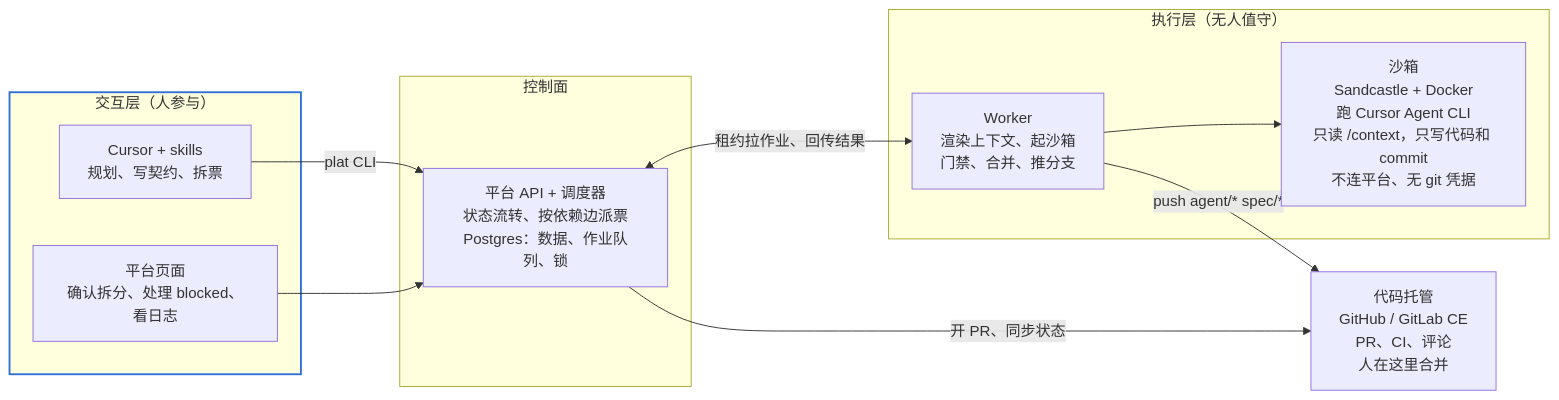
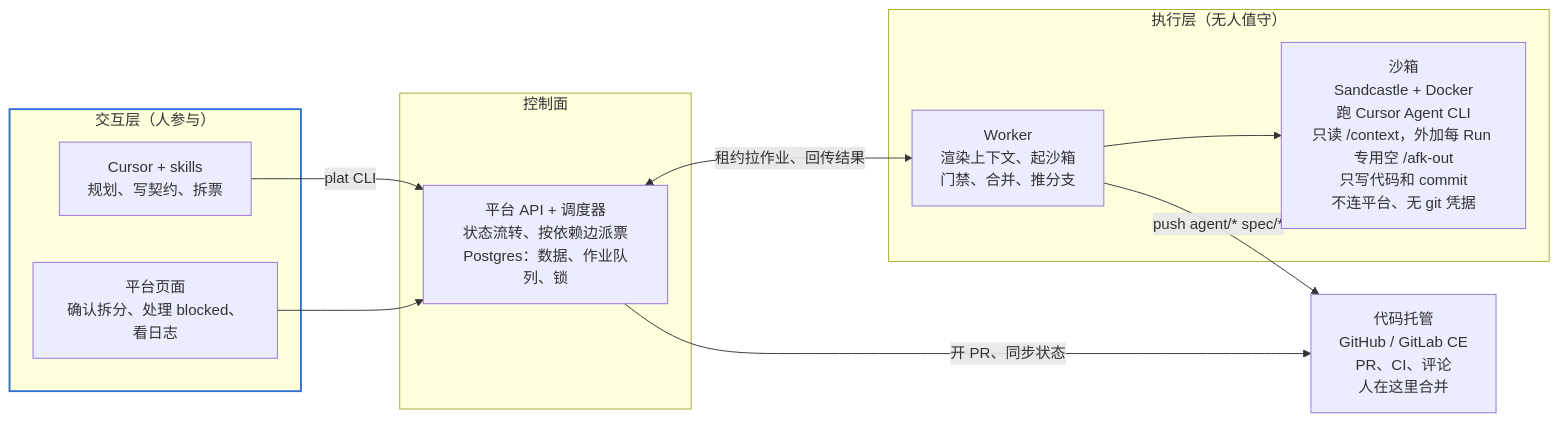
The first of 24 diagrams in docs/design.md (xxh171015/afk-platform), drawn with Mermaid before and after one commit. The commit also changed other lines of this file and 22 other files, not shown here.

````diff
--- a/docs/design.md
+++ b/docs/design.md
@@ -71,22 +72,22 @@
 ```mermaid
 flowchart LR
     subgraph L1["交互层（人参与）"]
         cursor["Cursor + skills<br/>规划、写契约、拆票"]
         page["平台页面<br/>确认拆分、处理 blocked、看日志"]
     end
     subgraph L2["控制面"]
         api["平台 API + 调度器<br/>状态流转、按依赖边派票<br/>Postgres：数据、作业队列、锁"]
     end
     subgraph L3["执行层（无人值守）"]
         worker["Worker<br/>渲染上下文、起沙箱<br/>门禁、合并、推分支"]
-        sandbox["沙箱<br/>Sandcastle + Docker<br/>跑 Cursor Agent CLI<br/>只读 /context，只写代码和 commit<br/>不连平台、无 git 凭据"]
+        sandbox["沙箱<br/>Sandcastle + Docker<br/>跑 Cursor Agent CLI<br/>只读 /context，外加每 Run 专用空 /afk-out<br/>只写代码和 commit<br/>不连平台、无 git 凭据"]
         worker --> sandbox
     end
     host["代码托管<br/>GitHub / GitLab CE<br/>PR、CI、评论<br/>人在这里合并"]
     cursor -->|plat CLI| api
     page --> api
     api <-->|租约拉作业、回传结果| worker
     api -->|开 PR、同步状态| host
     worker -->|push agent/* spec/*| host
     style L1 stroke:#2f6fd6,stroke-width:2px
 ```
````
